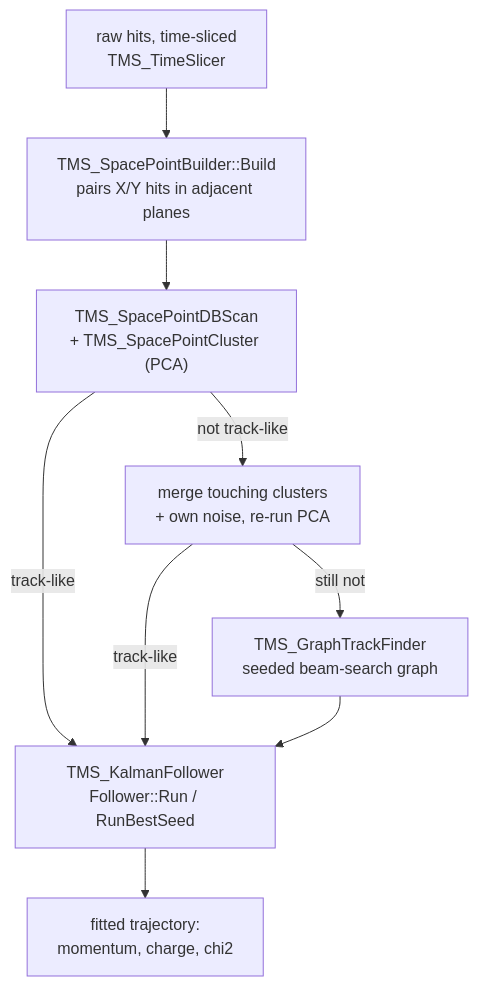
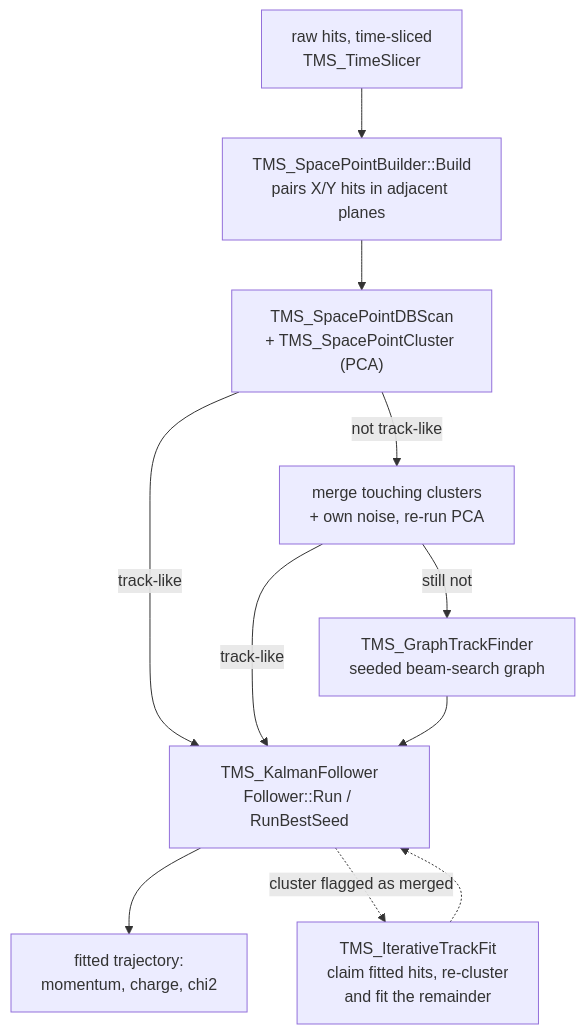
Before and after one commit to DUNE/dune-tms: the diagram in src/Cluster3D/README.md, drawn with Mermaid. The commit also changed other lines of this file and 15 other files, not shown here.

````diff
--- a/src/Cluster3D/README.md
+++ b/src/Cluster3D/README.md
@@ -12,11 +12,13 @@
 ```mermaid
 flowchart TD
   A[raw hits, time-sliced<br/>TMS_TimeSlicer] --> B["TMS_SpacePointBuilder::Build<br/>pairs X/Y hits in adjacent planes"]
   B --> C["TMS_SpacePointDBScan<br/>+ TMS_SpacePointCluster (PCA)"]
   C -->|track-like| F
   C -->|not track-like| D["merge touching clusters<br/>+ own noise, re-run PCA"]
   D -->|track-like| F
   D -->|still not| E["TMS_GraphTrackFinder<br/>seeded beam-search graph"]
   E --> F["TMS_KalmanFollower<br/>Follower::Run / RunBestSeed"]
   F --> G[fitted trajectory:<br/>momentum, charge, chi2]
+  F -.->|cluster flagged as merged| H["TMS_IterativeTrackFit<br/>claim fitted hits, re-cluster<br/>and fit the remainder"]
+  H -.-> F
 ```
````
